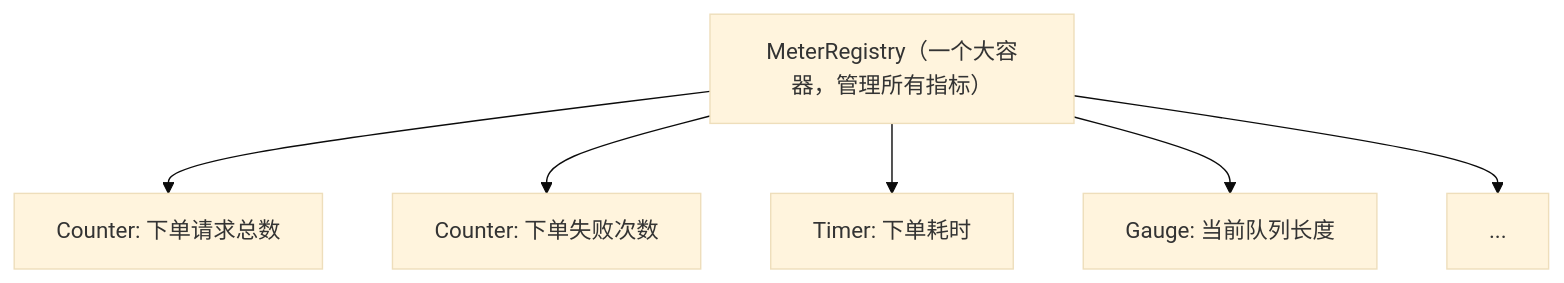
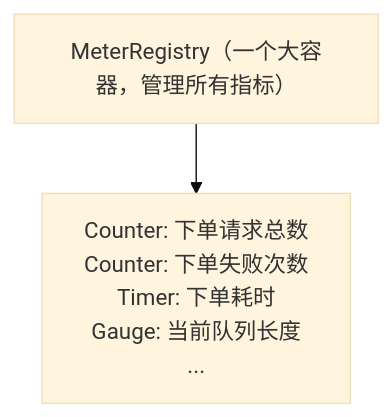
The third of 5 diagrams in source/_posts/Java-advanced/05-metric.md (rebibabo/rebibabo.github.io), drawn with Mermaid (base theme) before and after one commit. The commit also changed 3 other files, not shown here.

````diff
--- a/source/_posts/Java-advanced/05-metric.md
+++ b/source/_posts/Java-advanced/05-metric.md
@@ -106,8 +106,4 @@
 ```mermaid
 graph TB
-    Registry["MeterRegistry（一个大容器，管理所有指标）"] --> C1["Counter: 下单请求总数"]
-    Registry --> C2["Counter: 下单失败次数"]
-    Registry --> T["Timer: 下单耗时"]
-    Registry --> G["Gauge: 当前队列长度"]
-    Registry --> More["..."]
+    Registry["MeterRegistry（一个大容器，管理所有指标）"] --> Meters["Counter: 下单请求总数<br/>Counter: 下单失败次数<br/>Timer: 下单耗时<br/>Gauge: 当前队列长度<br/>..."]
 ```
````
